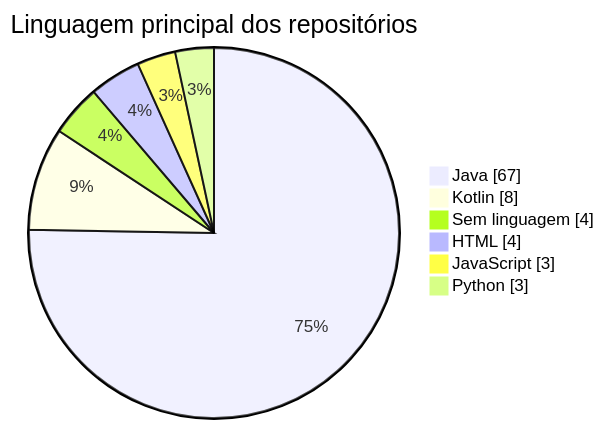
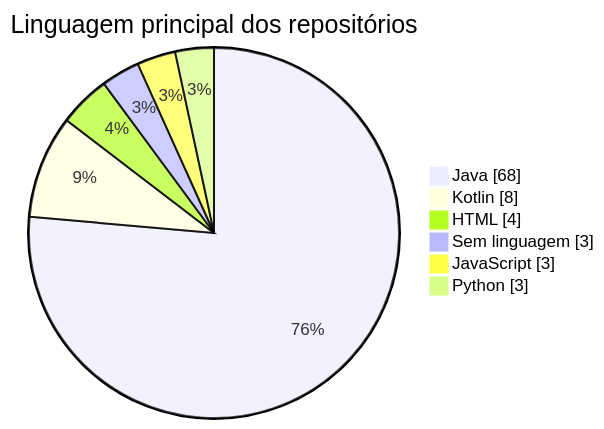
Before and after one commit to k3vinrich4rd/k3vinrich4rd: diagram 11 of 22 in README.md, drawn with Mermaid. The commit also changed other lines of this file and 1 other file, not shown here.

````diff
--- a/README.md
+++ b/README.md
@@ -928,10 +928,10 @@
 ```mermaid
 pie showData
     title Linguagem principal dos repositórios
-    "Java" : 67
+    "Java" : 68
     "Kotlin" : 8
-    "Sem linguagem" : 4
     "HTML" : 4
+    "Sem linguagem" : 3
     "JavaScript" : 3
     "Python" : 3
 ```
````
